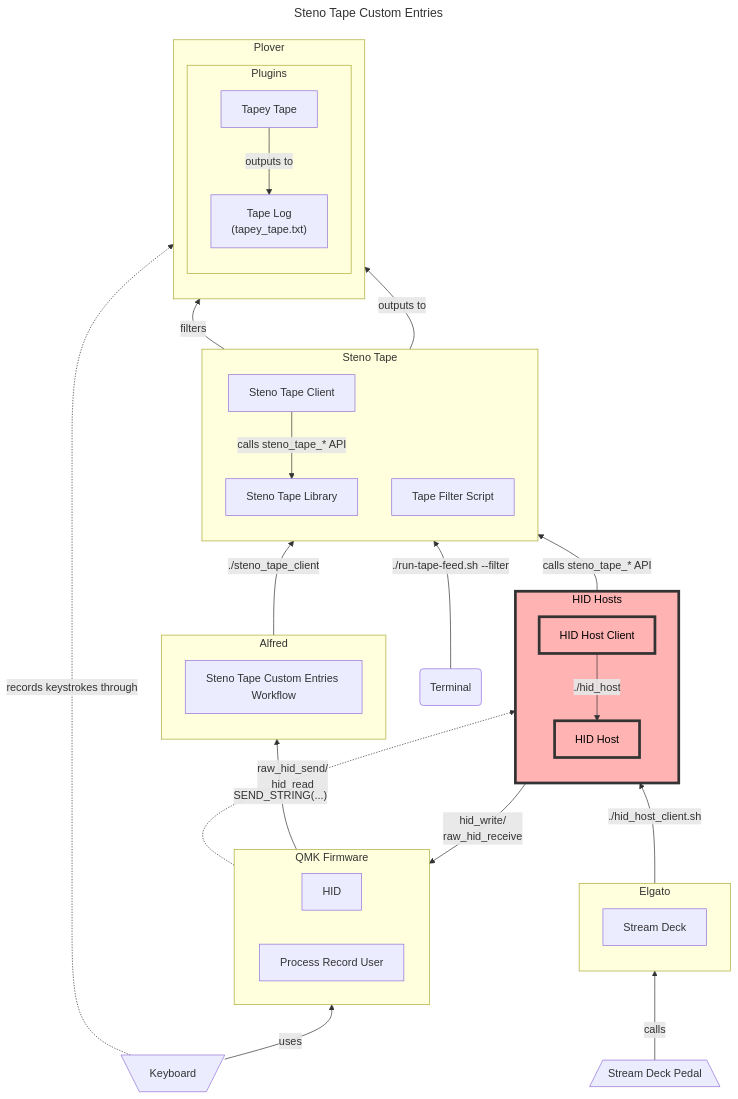
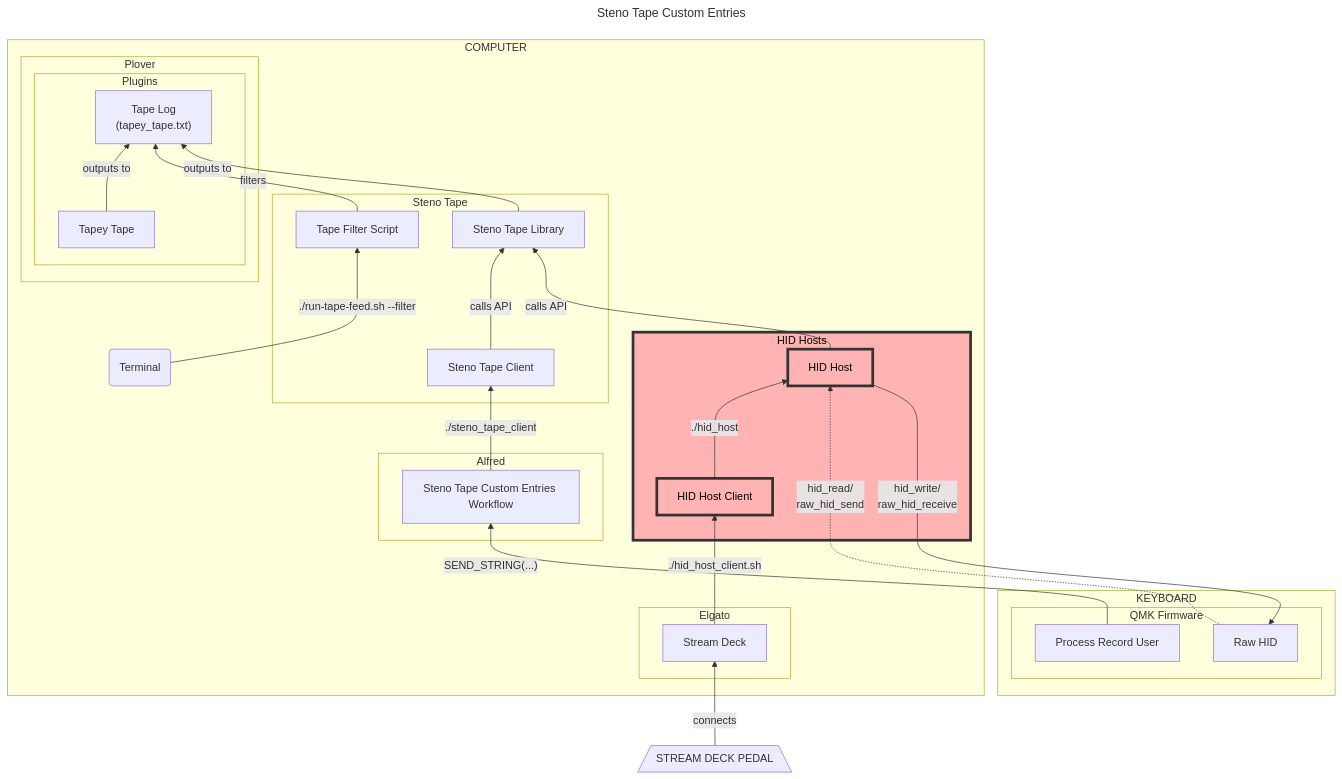
Before and after one commit to paulfioravanti/hid_hosts: the diagram in README.md, drawn with Mermaid.

Commit message:
Update diagram

```diff
--- a/README.md
+++ b/README.md
@@ -107,8 +107,7 @@
 title: Steno Tape Custom Entries
 ---
 flowchart BT
-  FirmwareHID["HID"]
-  Keyboard[\"Keyboard"/]
+  FirmwareRawHID["Raw HID"]
   FirmwareProcessRecordUser["Process Record User"]
   HIDHost["HID Host"]
   HIDHostClient["HID Host Client"]
@@ -116,66 +115,64 @@
   StenoTapeClient["Steno Tape Client"]
   StenoTapeCustomEntriesWorkflow["Steno Tape Custom Entries Workflow"]
   StreamDeck["Stream Deck"]
-  StreamDeckPedal[/"Stream Deck Pedal"\]
+  StreamDeckPedal[/"STREAM DECK PEDAL"\]
   TapeyTape[Tapey Tape]
   TapeLogFile["Tape Log\n(tapey_tape.txt)"]
   TapeFilterScript["Tape Filter Script"]
 
   classDef current fill:#ffb3b3, stroke:#333, stroke-width:4px, color:black
 
-  subgraph Alfred
-    direction TB
-    StenoTapeCustomEntriesWorkflow
+  subgraph Computer["COMPUTER"]
+    subgraph Alfred["Alfred"]
+      StenoTapeCustomEntriesWorkflow
+    end
+
+    subgraph Elgato["Elgato"]
+      StreamDeck
+    end
+
+    subgraph HIDHosts["HID Hosts"]
+      HIDHost:::current
+      HIDHostClient:::current -- "`./hid_host`" --> HIDHost
+    end
+    class HIDHosts current
+
+    subgraph Plover["Plover"]
+      subgraph Plugins
+        TapeLogFile
+        TapeyTape -- outputs to --> TapeLogFile
+      end
+    end
+
+    subgraph StenoTape["Steno Tape"]
+      StenoTapeLibrary
+      StenoTapeClient -- "calls API" --> StenoTapeLibrary
+      TapeFilterScript
+    end
+
+    Terminal(Terminal)
   end
 
-  subgraph Elgato
-    direction TB
-    StreamDeck
-  end
-
-  subgraph HIDHosts["HID Hosts"]
-    direction TB
-    HIDHost:::current
-    HIDHostClient:::current -- "`./hid_host`" --> HIDHost
-  end
-  class HIDHosts current
-
-  subgraph QMKFirmware["QMK Firmware"]
-    direction LR
-    FirmwareHID
-    FirmwareProcessRecordUser
-  end
-
-  subgraph Plover
-    direction TB
-    subgraph Plugins
-      TapeLogFile
-      TapeyTape -- outputs to --> TapeLogFile
+  subgraph Keyboard["KEYBOARD"]
+    subgraph QMKFirmware["QMK Firmware"]
+      FirmwareProcessRecordUser
+      FirmwareRawHID
     end
   end
 
-  subgraph StenoTape["Steno Tape"]
-    direction TB
-    StenoTapeLibrary
-    StenoTapeClient -- "calls steno_tape_* API" --> StenoTapeLibrary
-    TapeFilterScript
-  end
-
-  Terminal(Terminal) -- "`./run-tape-feed.sh --filter`" --> TapeFilterScript
+  Terminal -- "`./run-tape-feed.sh --filter`" --> TapeFilterScript
   TapeFilterScript -- filters --> TapeLogFile
   StenoTapeLibrary -- outputs to --> TapeLogFile
   StenoTapeCustomEntriesWorkflow -- "`./steno_tape_client`" --> StenoTapeClient
   FirmwareProcessRecordUser -- "SEND_STRING(...)" --> StenoTapeCustomEntriesWorkflow
-  Keyboard -- uses --> QMKFirmware
-  Keyboard -. records keystrokes through .-> TapeyTape
-  HIDHost -- "calls steno_tape_* API" --> StenoTapeLibrary
-  FirmwareHID -. "raw_hid_send/\nhid_read" .-> HIDHost
-  HIDHost -- "hid_write/\nraw_hid_receive" --> FirmwareHID
+  HIDHost -- "calls API" --> StenoTapeLibrary
+  FirmwareRawHID -. "hid_read/\nraw_hid_send" .-> HIDHost
+  HIDHost -- "hid_write/\nraw_hid_receive" --> FirmwareRawHID
   StreamDeck -- "`./hid_host_client.sh`" --> HIDHostClient
-  StreamDeckPedal -- calls --> StreamDeck
+  StreamDeckPedal -- connects --> StreamDeck
 
   click Dictionaries href "https://github.com/paulfioravanti/steno-dictionaries" "Steno Dictionaries" _blank
-  click FirmwareHID href "https://github.com/paulfioravanti/qmk_keymaps/blob/master/keyboards/gboards/georgi/keymaps/paulfioravanti/user/hid.c" "Georgi HID" _blank
+  click FirmwareRawHID href "https://github.com/paulfioravanti/qmk_keymaps/blob/master/keyboards/gboards/georgi/keymaps/paulfioravanti/user/hid.c" "Georgi HID" _blank
   click FirmwareProcessRecordUser href "https://github.com/paulfioravanti/qmk_keymaps/blob/master/keyboards/gboards/georgi/keymaps/paulfioravanti/user/process_record_user.c" "Georgi Process Record User" _blank
   click HIDHost href "https://github.com/paulfioravanti/hid_hosts/blob/main/hid_host.c" "HID Host" _blank
   click HIDHostClient href "https://github.com/paulfioravanti/hid_hosts/blob/main/hid_host_client.sh" "HID Host Client" _blank
```
